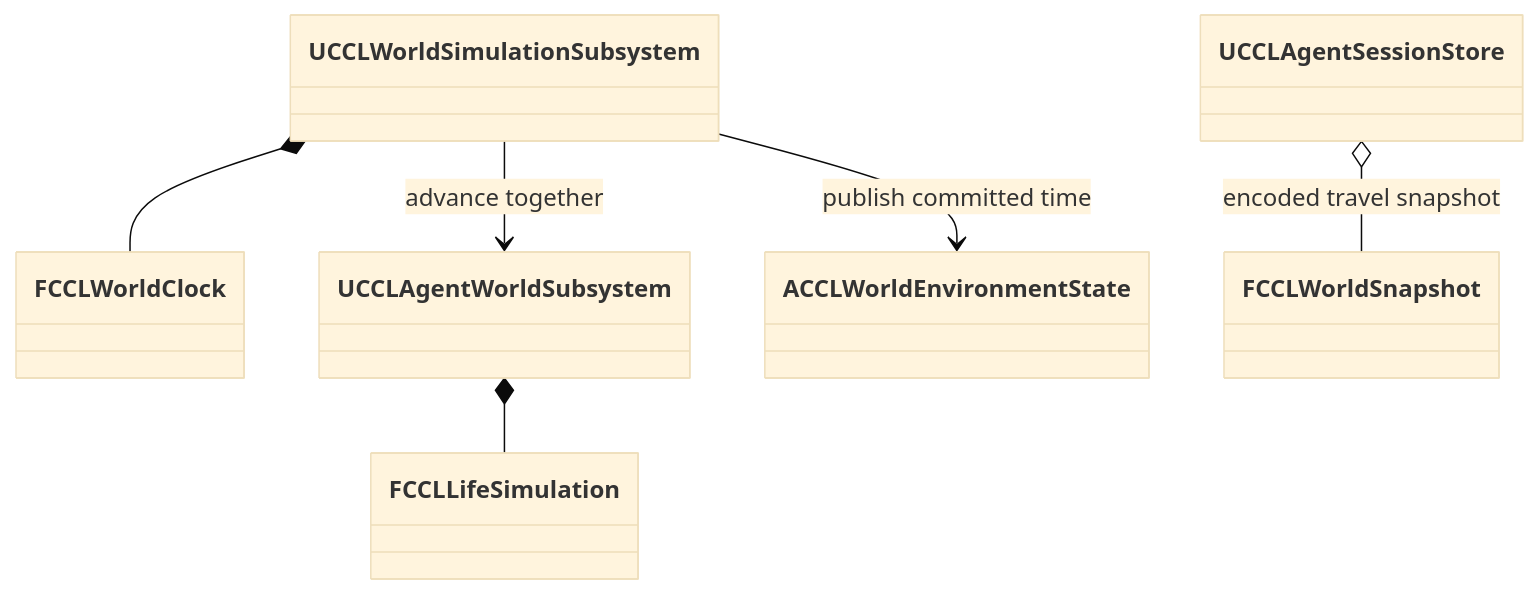
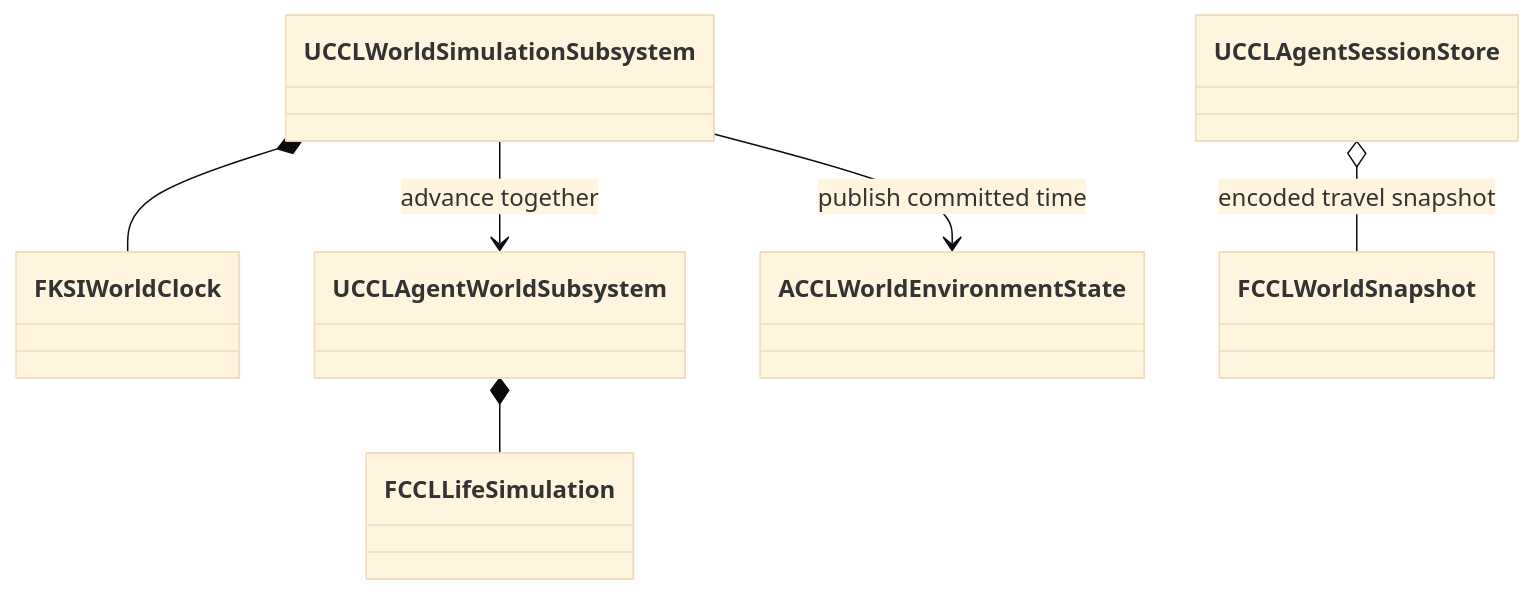
Before and after one commit to kang-sihwon/ccl8: the third of 6 diagrams in Docs/EnvironmentPlan.md, drawn with Mermaid (base theme). The commit also changed other lines of this file and 6 other files, not shown here.

````diff
--- a/Docs/EnvironmentPlan.md
+++ b/Docs/EnvironmentPlan.md
@@ -576,8 +574,8 @@
 ```mermaid
 classDiagram
-    UCCLWorldSimulationSubsystem *-- FCCLWorldClock
+    UCCLWorldSimulationSubsystem *-- FKSIWorldClock
     UCCLWorldSimulationSubsystem --> UCCLAgentWorldSubsystem : advance together
     UCCLAgentWorldSubsystem *-- FCCLLifeSimulation
     UCCLAgentSessionStore o-- FCCLWorldSnapshot : encoded travel snapshot
     UCCLWorldSimulationSubsystem --> ACCLWorldEnvironmentState : publish committed time
 ```
````
